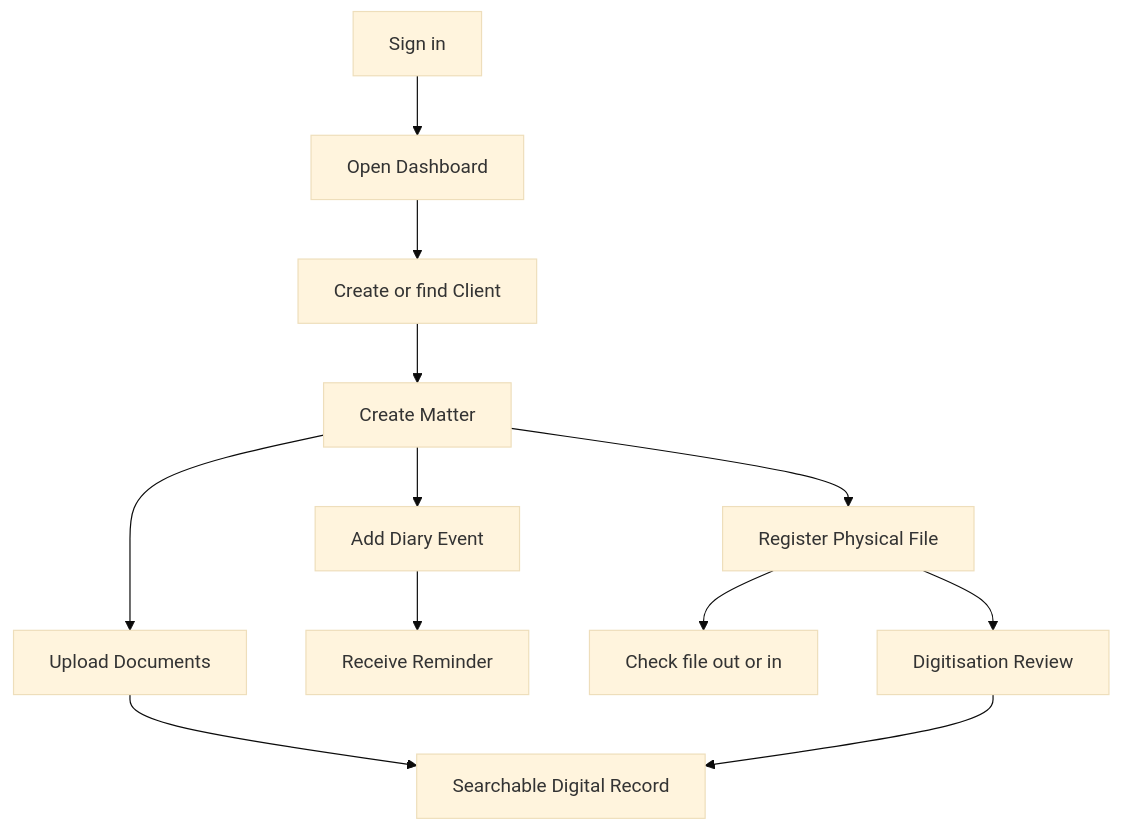
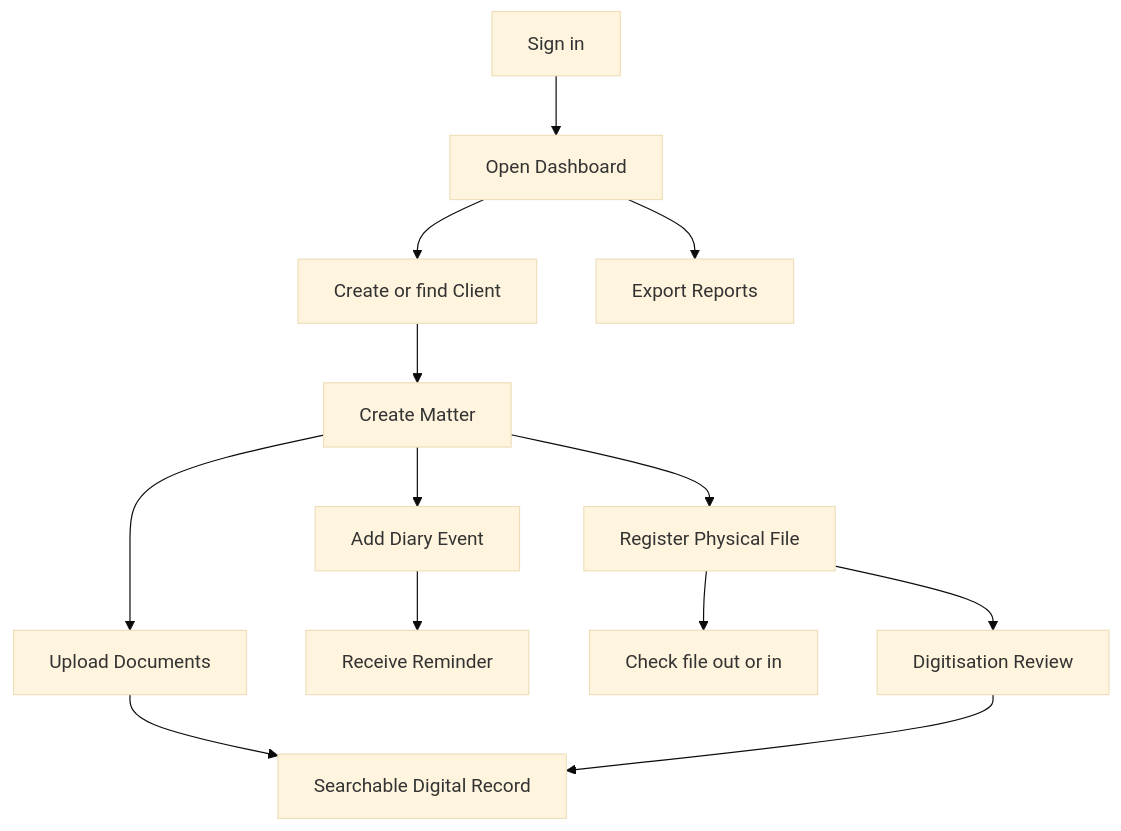
Before and after one commit to BarasaK/wakilidesk: the first of 11 diagrams in docs/end-user-manual.md, drawn with Mermaid (base theme). The commit also changed other lines of this file and 14 other files, not shown here.

````diff
--- a/docs/end-user-manual.md
+++ b/docs/end-user-manual.md
@@ -40,14 +42,15 @@
 ```mermaid
 flowchart TD
     A[Sign in] --> B[Open Dashboard]
     B --> C[Create or find Client]
     C --> D[Create Matter]
     D --> E[Upload Documents]
     D --> F[Register Physical File]
     D --> J[Add Diary Event]
     J --> K[Receive Reminder]
+    B --> L[Export Reports]
     F --> G[Check file out or in]
     F --> H[Digitisation Review]
     E --> I[Searchable Digital Record]
     H --> I
 ```
````
